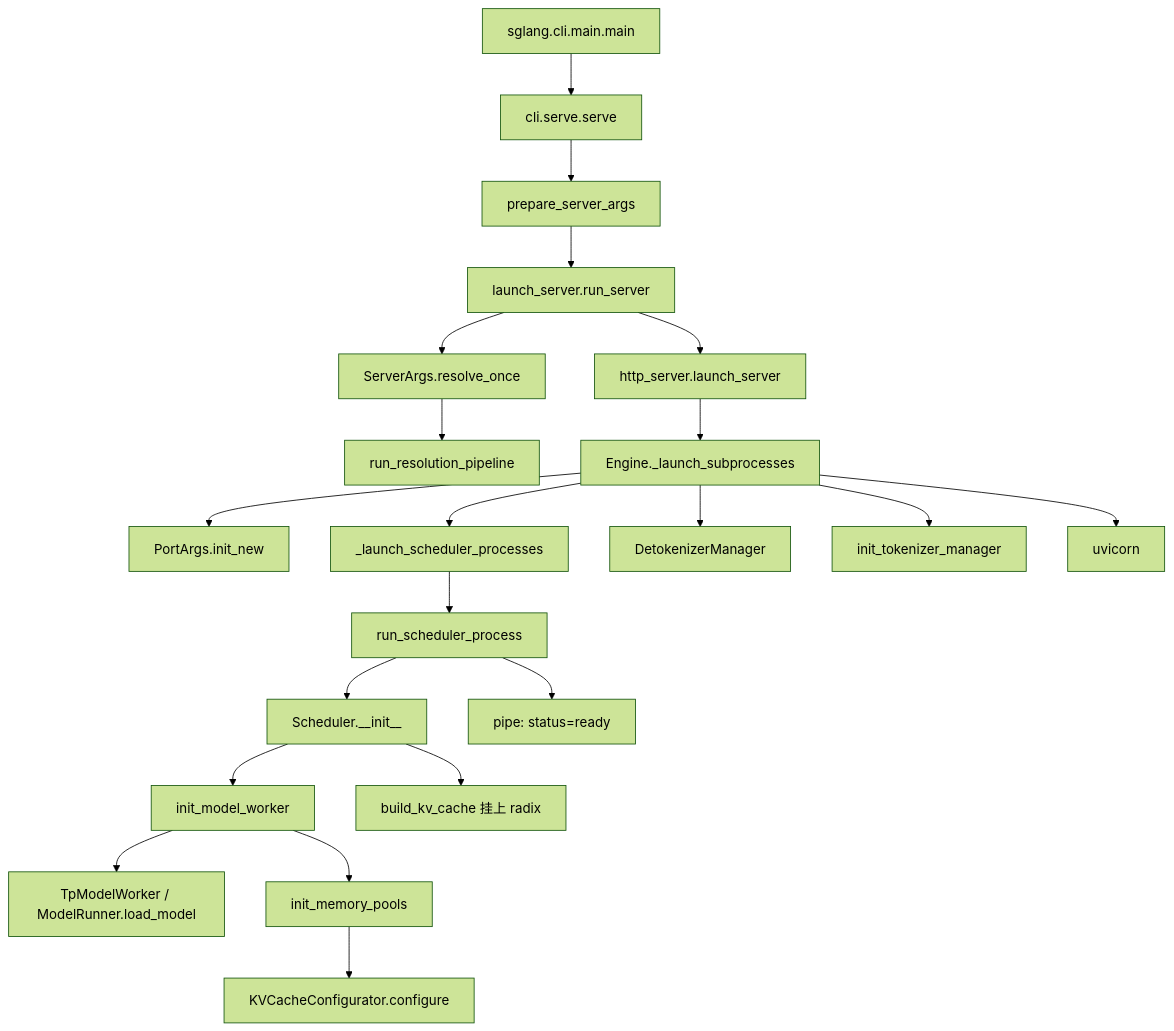
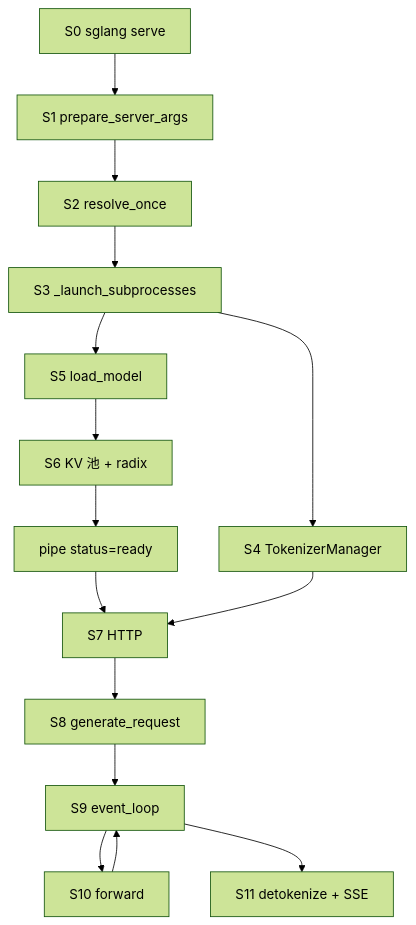
The first of 4 diagrams in docs/my_docs/02-启动到HTTP请求完整流程.md (wangtong198/sglang), drawn with Mermaid (forest theme) before and after one commit. The commit also changed other lines of this file and 13 other files, not shown here.

First line of the commit message:
Deepen the Chinese SGLang learning series around the runtime flow.

````diff
--- a/docs/my_docs/02-启动到HTTP请求完整流程.md
+++ b/docs/my_docs/02-启动到HTTP请求完整流程.md
@@ -146,23 +7,17 @@
 ```mermaid
 flowchart TD
-  A["sglang.cli.main.main"] --> B["cli.serve.serve"]
-  B --> C["prepare_server_args"]
-  C --> D["launch_server.run_server"]
-  D --> E["ServerArgs.resolve_once"]
-  E --> F["run_resolution_pipeline"]
-  D --> G["http_server.launch_server"]
-  G --> H["Engine._launch_subprocesses"]
-  H --> I["PortArgs.init_new"]
-  H --> J["_launch_scheduler_processes"]
-  J --> K["run_scheduler_process"]
-  K --> L["Scheduler.__init__"]
-  L --> M["init_model_worker"]
-  M --> N["TpModelWorker / ModelRunner.load_model"]
-  M --> O["init_memory_pools"]
-  O --> P["KVCacheConfigurator.configure"]
-  L --> Q["build_kv_cache 挂上 radix"]
-  K --> R["pipe: status=ready"]
-  H --> S["DetokenizerManager"]
-  H --> T["init_tokenizer_manager"]
-  H --> U["uvicorn"]
+  S0["S0 sglang serve"] --> S1["S1 prepare_server_args"]
+  S1 --> S2["S2 resolve_once"]
+  S2 --> S3["S3 _launch_subprocesses"]
+  S3 --> S5["S5 load_model"]
+  S5 --> S6["S6 KV 池 + radix"]
+  S6 --> Ready["pipe status=ready"]
+  S3 --> S4["S4 TokenizerManager"]
+  Ready --> S7["S7 HTTP"]
+  S4 --> S7
+  S7 --> S8["S8 generate_request"]
+  S8 --> S9["S9 event_loop"]
+  S9 --> S10["S10 forward"]
+  S10 --> S9
+  S9 --> S11["S11 detokenize + SSE"]
 ```
````
